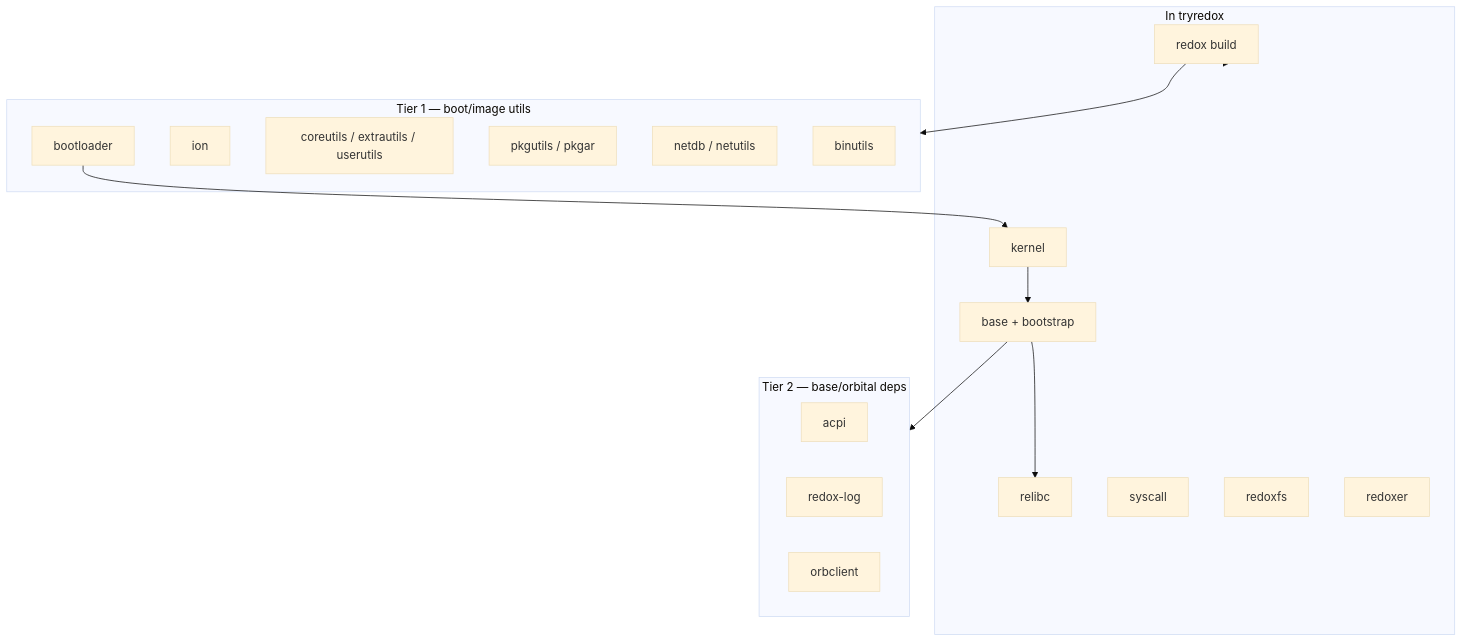
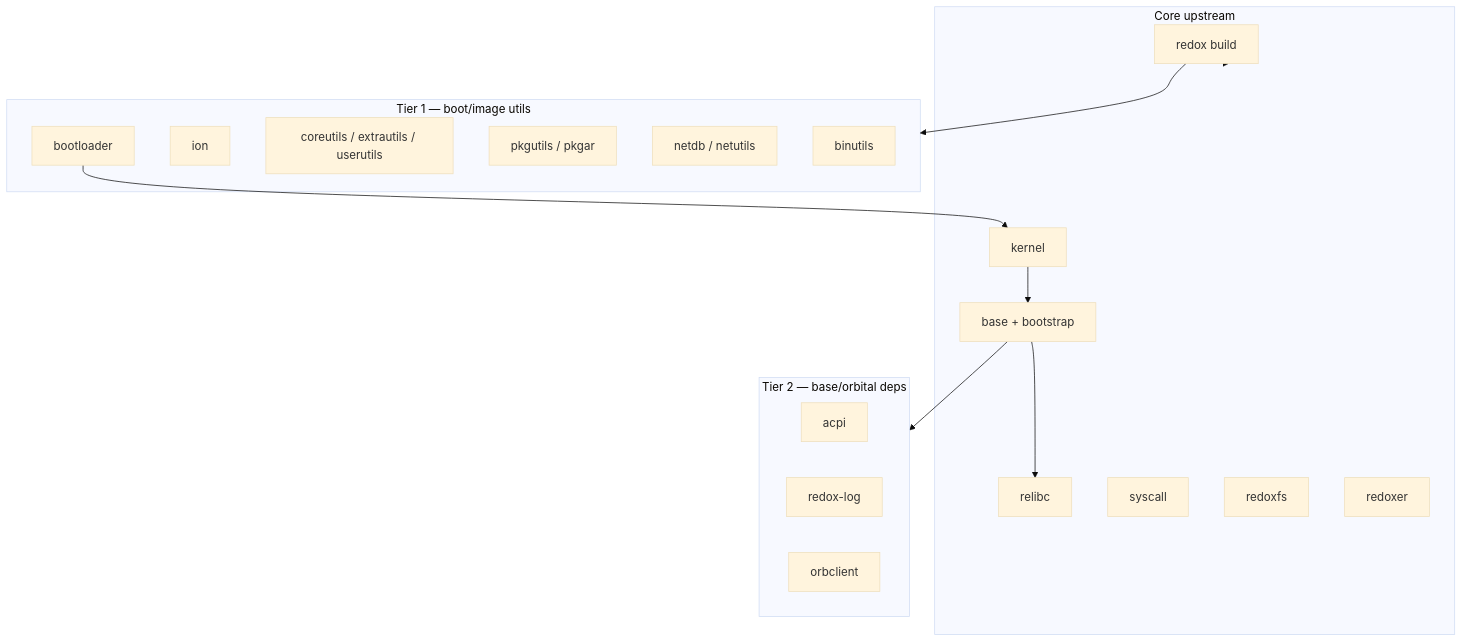
The diagram in docs/vendored.md (julerex/lerux), drawn with Mermaid (base theme) before and after one commit. The commit also changed other lines of this file and 3 other files, not shown here.

````diff
--- a/docs/vendored.md
+++ b/docs/vendored.md
@@ -192,31 +183,31 @@
 ```mermaid
 flowchart TB
-  subgraph have [In tryredox]
+  subgraph core [Core upstream]
     BLD[redox build]
     K[kernel]
     B[base + bootstrap]
     R[relibc]
     SC[syscall]
     FS[redoxfs]
     RX[redoxer]
   end
-  subgraph miss_boot [Tier 1 — boot/image utils]
+  subgraph t1 [Tier 1 — boot/image utils]
     BOOT[bootloader]
     ION[ion]
     CU[coreutils / extrautils / userutils]
     PKG[pkgutils / pkgar]
     NET[netdb / netutils]
     BI[binutils]
   end
-  subgraph miss_dep [Tier 2 — base/orbital deps]
+  subgraph t2 [Tier 2 — base/orbital deps]
     ACPI[acpi]
     RLOG[redox-log]
     OC[orbclient]
   end
   BOOT --> K
   K --> B
   B --> R
-  B --> miss_dep
-  BLD --> have
-  BLD --> miss_boot
+  B --> t2
+  BLD --> core
+  BLD --> t1
 ```
````
